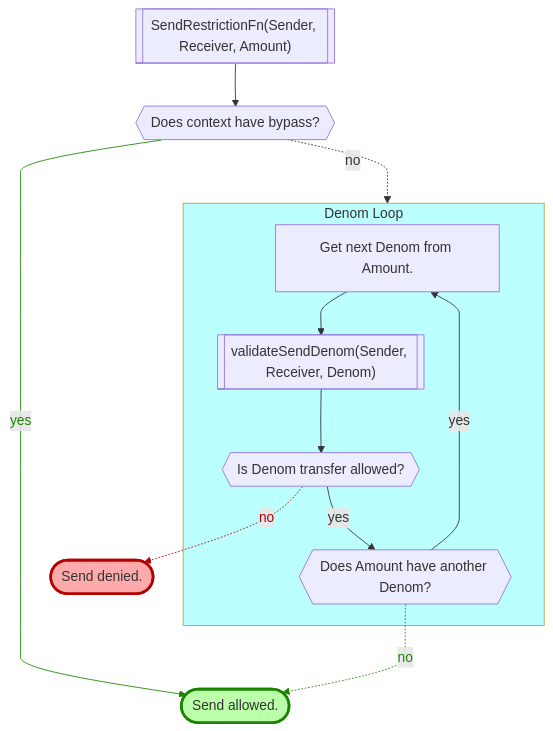
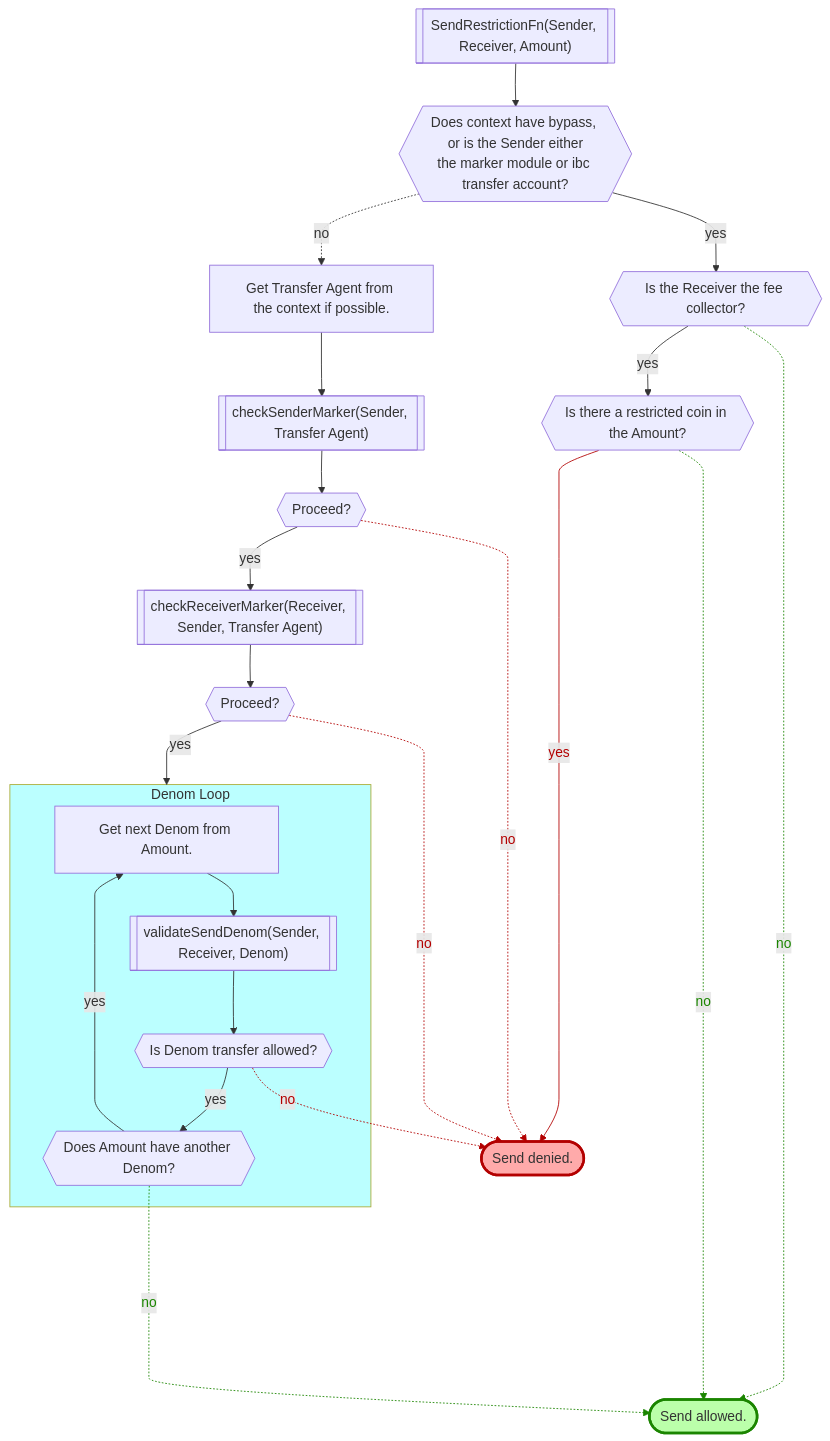
Before and after one commit to provenance-io/provenance: the first of 8 diagrams in x/marker/spec/12_transfers.md, drawn with Mermaid. The commit also changed other lines of this file and 65 other files, not shown here.

First line of the commit message:
Backport: 1830 (commitments CLI), 1831 (force transfer), 1833 (nhash-per-usd-mil), 1835 (transfer agents), 1843 (bid prices), 1846 (restricted coins/fee collector), 1848 (sdk to v0.46.13-pio-3). (#1849)

````diff
--- a/x/marker/spec/12_transfers.md
+++ b/x/marker/spec/12_transfers.md
@@ -91,29 +105,47 @@
 ```mermaid
 %%{ init: { 'flowchart': { 'curve': 'monotoneY'} } }%%
 flowchart TD
     start[["SendRestrictionFn(Sender, Receiver, Amount)"]]
-    qhasbp{{"Does context have bypass?"}}
+    qhasbp{{"Does context have bypass, or is the Sender either\nthe marker module or ibc transfer account?"}}
+    qfc{{"Is the Receiver the fee collector?"}}
+    qrc{{"Is there a restricted coin in the Amount?"}}
+    gta["Get Transfer Agent from the context if possible."]
+    csm[["checkSenderMarker(Sender, Transfer Agent)"]]
+    issmok{{"Proceed?"}}
+    crm[["checkReceiverMarker(Receiver, Sender, Transfer Agent)"]]
+    isrmok{{"Proceed?"}}
     nextd["Get next Denom from Amount."]
     vsd[["validateSendDenom(Sender, Receiver, Denom)"]]
     isdok{{"Is Denom transfer allowed?"}}
     mored{{"Does Amount have another Denom?"}}
     ok(["Send allowed."])
     style ok fill:#bbffaa,stroke:#1b8500,stroke-width:3px
     denied(["Send denied."])
     style denied fill:#ffaaaa,stroke:#b30000,stroke-width:3px
     start --> qhasbp
-    qhasbp ------>|yes| ok
-    qhasbp -.->|no| denomloop
+    qhasbp -.->|no| gta
+    qhasbp -->|yes| qfc
+    qfc -->|yes| qrc
+    qfc -.->|no| ok
+    qrc -------->|yes| denied
+    qrc -.->|no| ok
+    gta --> csm
+    csm --> issmok
+    issmok -->|yes| crm
+    issmok -.->|no| denied
+    crm --> isrmok
+    isrmok -->|yes| denomloop
+    isrmok -.->|no| denied
     subgraph denomloop ["Denom Loop"]
     isdok -->|yes| mored
     vsd --> isdok
     mored -->|yes| nextd
     nextd --> vsd
     end
-    mored -.->|no| ok
+    mored -....->|no| ok
     isdok -.->|no| denied
 
     style denomloop fill:#bbffff
-    linkStyle 8 stroke:#b30000,color:#b30000
-    linkStyle 1,7 stroke:#1b8500,color:#1b8500
+    linkStyle 5,10,13,19 stroke:#b30000,color:#b30000
+    linkStyle 4,6,18 stroke:#1b8500,color:#1b8500
 ```
````
